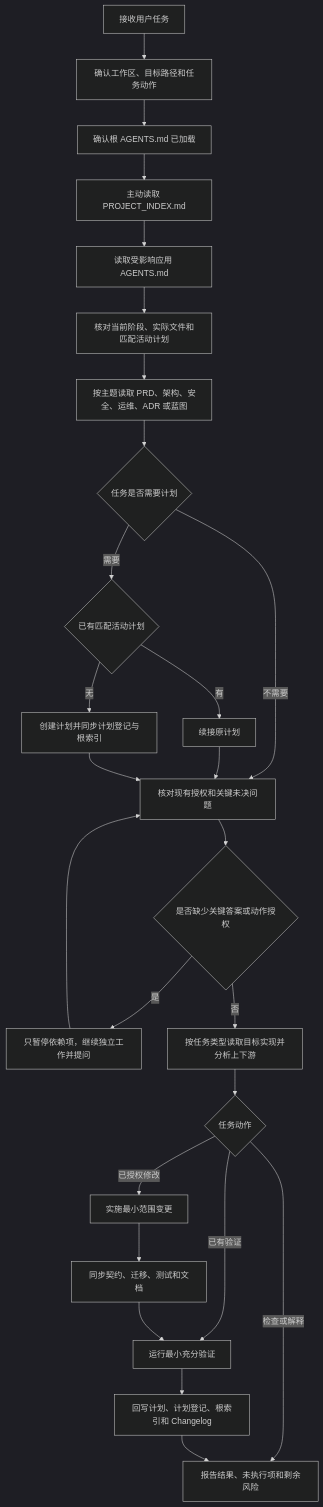
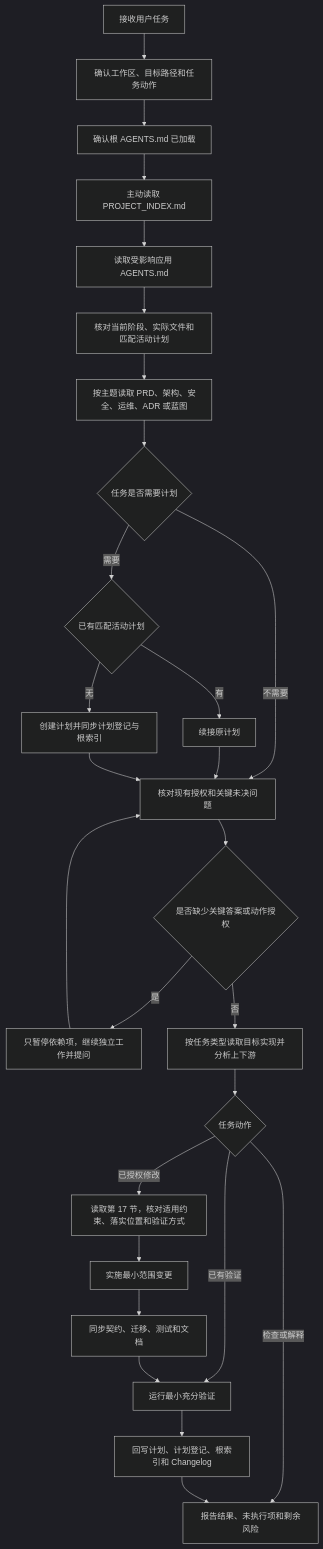
The diagram in docs/operations/ai-assisted-development-workflow.md (jinmozhe/pinjie-fullstack-base), drawn with Mermaid (dark theme) before and after one commit. The commit also changed other lines of this file and 2 other files, not shown here.

````diff
--- a/docs/operations/ai-assisted-development-workflow.md
+++ b/docs/operations/ai-assisted-development-workflow.md
@@ -218,28 +221,29 @@
 ```mermaid
 flowchart TD
     A["接收用户任务"] --> B["确认工作区、目标路径和任务动作"]
     B --> C["确认根 AGENTS.md 已加载"]
     C --> D["主动读取 PROJECT_INDEX.md"]
     D --> E["读取受影响应用 AGENTS.md"]
     E --> F["核对当前阶段、实际文件和匹配活动计划"]
     F --> G["按主题读取 PRD、架构、安全、运维、ADR 或蓝图"]
     G --> H{"任务是否需要计划"}
     H -->|"不需要"| M["核对现有授权和关键未决问题"]
     H -->|"需要"| J{"已有匹配活动计划"}
     J -->|"有"| K["续接原计划"]
     J -->|"无"| L["创建计划并同步计划登记与根索引"]
     K --> M
     L --> M
     M --> N{"是否缺少关键答案或动作授权"}
     N -->|"是"| U["只暂停依赖项，继续独立工作并提问"]
     U --> M
     N -->|"否"| O["按任务类型读取目标实现并分析上下游"]
     O --> V{"任务动作"}
     V -->|"检查或解释"| T
     V -->|"已有验证"| R
-    V -->|"已授权修改"| P["实施最小范围变更"]
+    V -->|"已授权修改"| W["读取第 17 节，核对适用约束、落实位置和验证方式"]
+    W --> P["实施最小范围变更"]
     P --> Q["同步契约、迁移、测试和文档"]
     Q --> R["运行最小充分验证"]
     R --> S["回写计划、计划登记、根索引和 Changelog"]
     S --> T["报告结果、未执行项和剩余风险"]
 ```
````
